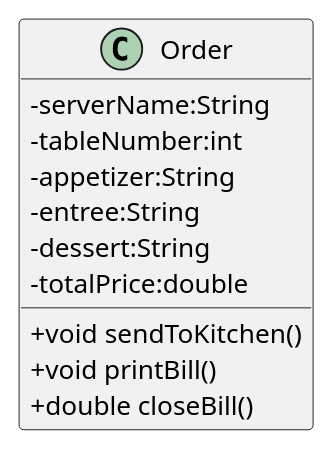
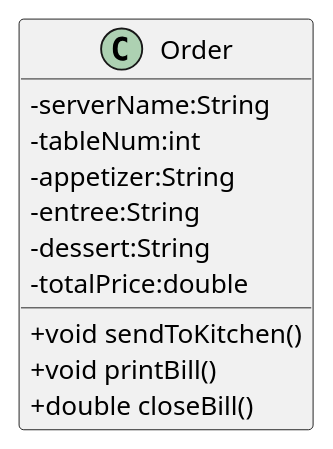
One commit to timmcmichael/skimpy-oop changed the first of 2 diagrams in chapter-4-classes/content.adoc. Above: the diagram before and after it, drawn with PlantUML. The commit also changed 11 other files, not shown here.

```diff
--- a/chapter-4-classes/content.adoc
+++ b/chapter-4-classes/content.adoc
@@ -71,17 +71,17 @@
 [plantuml, target="OrderDiagram", format=png]
 ----
 @startuml
 skinparam classAttributeIconSize 0
 class Order {
    -serverName:String
-   -tableNumber:int
+   -tableNum:int
    -appetizer:String
    -entree:String
    -dessert:String
    -totalPrice:double
    +void sendToKitchen()
    +void printBill()
    +double closeBill()
 }
 @enduml
 ----
```
